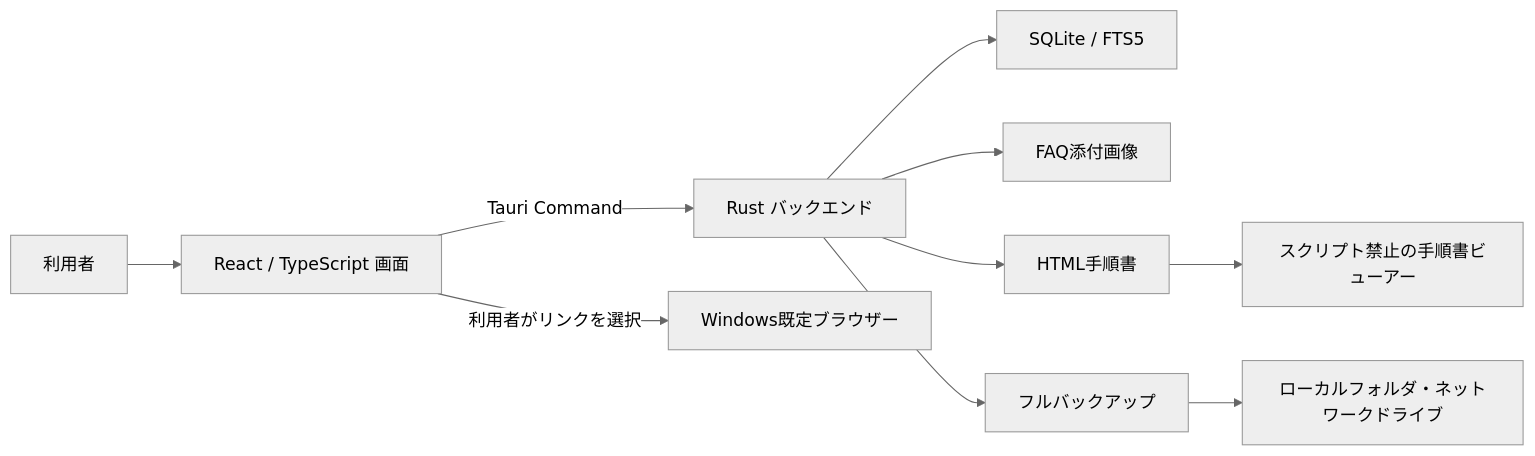
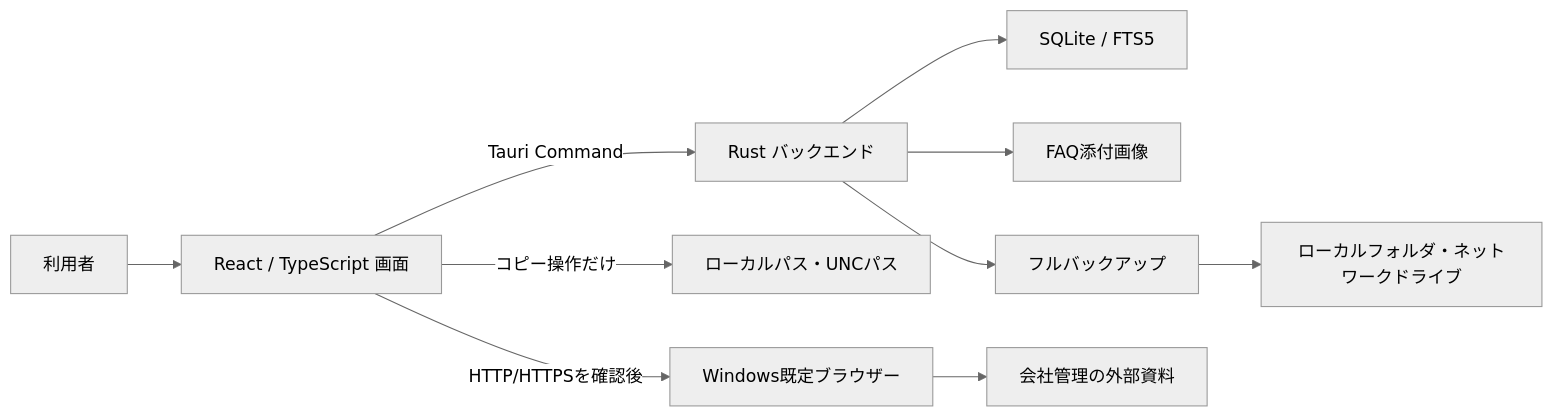
One commit to yknk1015/local-knowledge-app changed the first of 9 diagrams in FAQシステム基本設計書.md. Above: the diagram before and after it, drawn with Mermaid (neutral theme). The commit also changed other lines of this file and 56 other files, not shown here.

````diff
--- a/FAQシステム基本設計書.md
+++ b/FAQシステム基本設計書.md
@@ -100,12 +104,12 @@
 ```mermaid
 flowchart LR
     U["利用者"] --> UI["React / TypeScript 画面"]
     UI -->|"Tauri Command"| BE["Rust バックエンド"]
     BE --> DB["SQLite / FTS5"]
     BE --> ATT["FAQ添付画像"]
-    BE --> MAN["HTML手順書"]
     BE --> BK["フルバックアップ"]
     BK --> DEST["ローカルフォルダ・ネットワークドライブ"]
-    UI -->|"利用者がリンクを選択"| BROWSER["Windows既定ブラウザー"]
-    MAN --> VIEWER["スクリプト禁止の手順書ビューアー"]
+    UI -->|"コピー操作だけ"| CLIPBOARD["ローカルパス・UNCパス"]
+    UI -->|"HTTP/HTTPSを確認後"| BROWSER["Windows既定ブラウザー"]
+    BROWSER --> EXT["会社管理の外部資料"]
 ```
````
